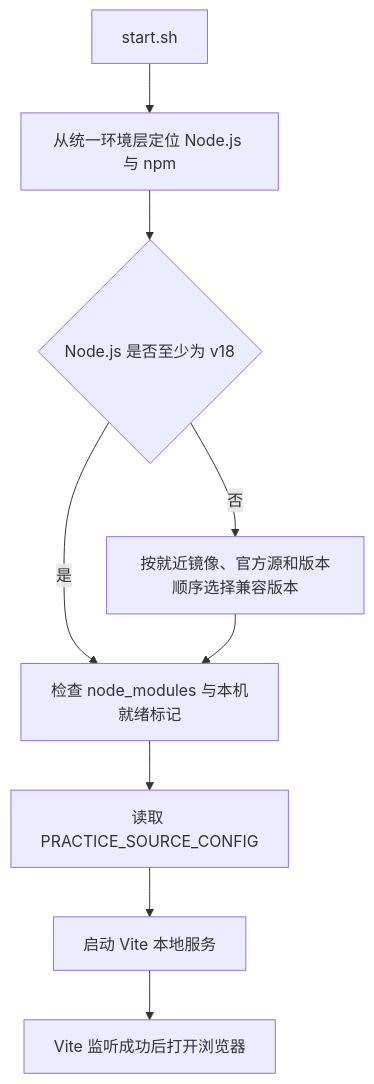
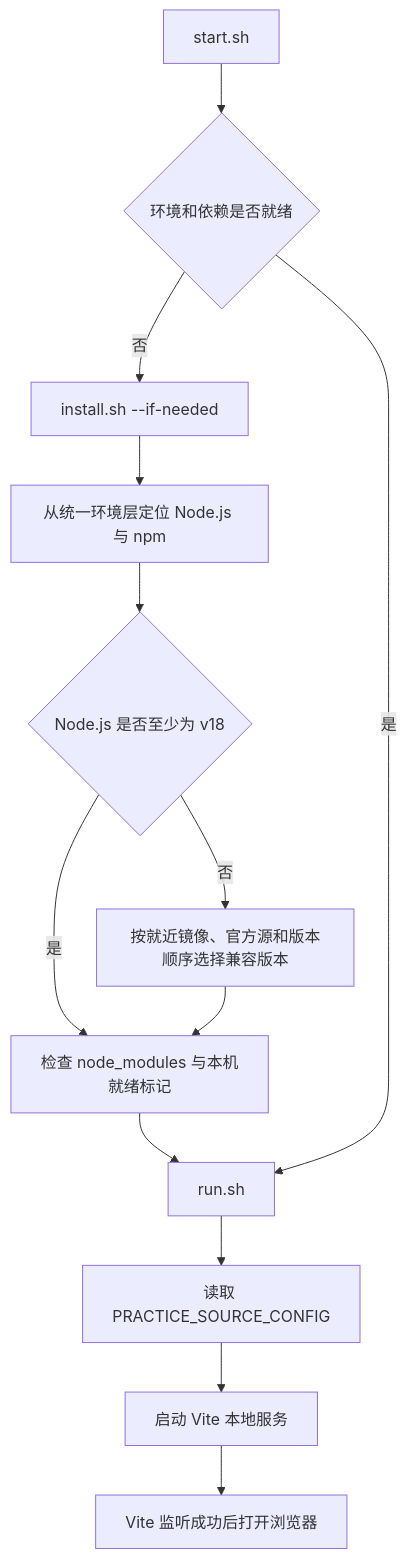
Before and after one commit to FormingSystem/linux_note: the third of 3 diagrams in tools/practice_tool/docs/cross_platform_and_repository_independence.md, drawn with Mermaid. The commit also changed other lines of this file and 11 other files, not shown here.

````diff
--- a/tools/practice_tool/docs/cross_platform_and_repository_independence.md
+++ b/tools/practice_tool/docs/cross_platform_and_repository_independence.md
@@ -205,11 +209,15 @@
 ```mermaid
 flowchart TD
-    E["start.sh"] --> N["从统一环境层定位 Node.js 与 npm"]
+    E["start.sh"] --> R{"环境和依赖是否就绪"}
+    R -->|"否"| IN["install.sh --if-needed"]
+    IN --> N["从统一环境层定位 Node.js 与 npm"]
     N --> I{"Node.js 是否至少为 v18"}
     I -->|"否"| P["按就近镜像、官方源和版本顺序选择兼容版本"]
     I -->|"是"| D["检查 node_modules 与本机就绪标记"]
     P --> D
-    D --> C["读取 PRACTICE_SOURCE_CONFIG"]
+    D --> RN["run.sh"]
+    R -->|"是"| RN
+    RN --> C["读取 PRACTICE_SOURCE_CONFIG"]
     C --> V["启动 Vite 本地服务"]
     V --> B["Vite 监听成功后打开浏览器"]
 ```
````
